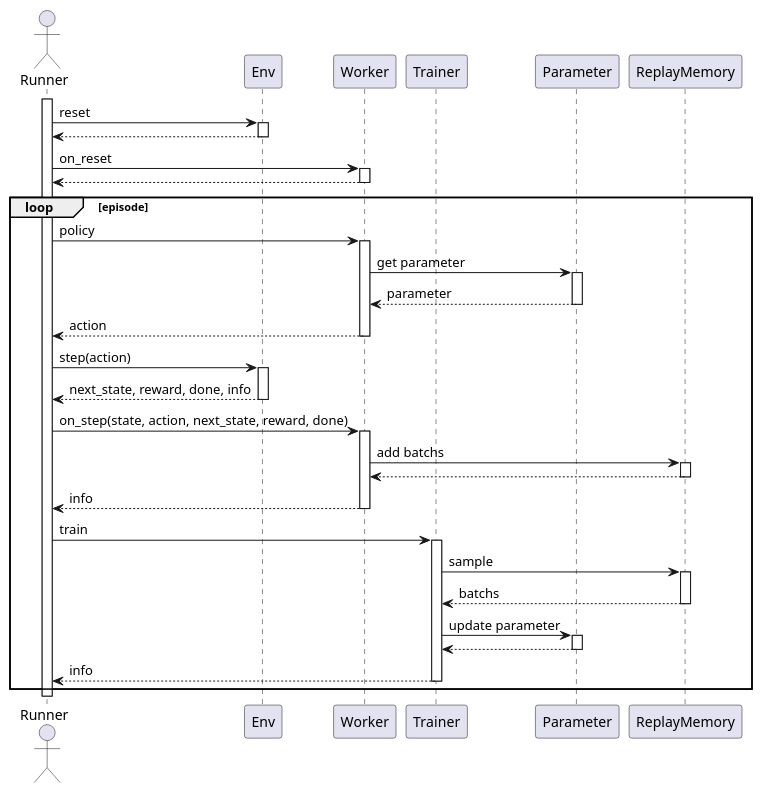
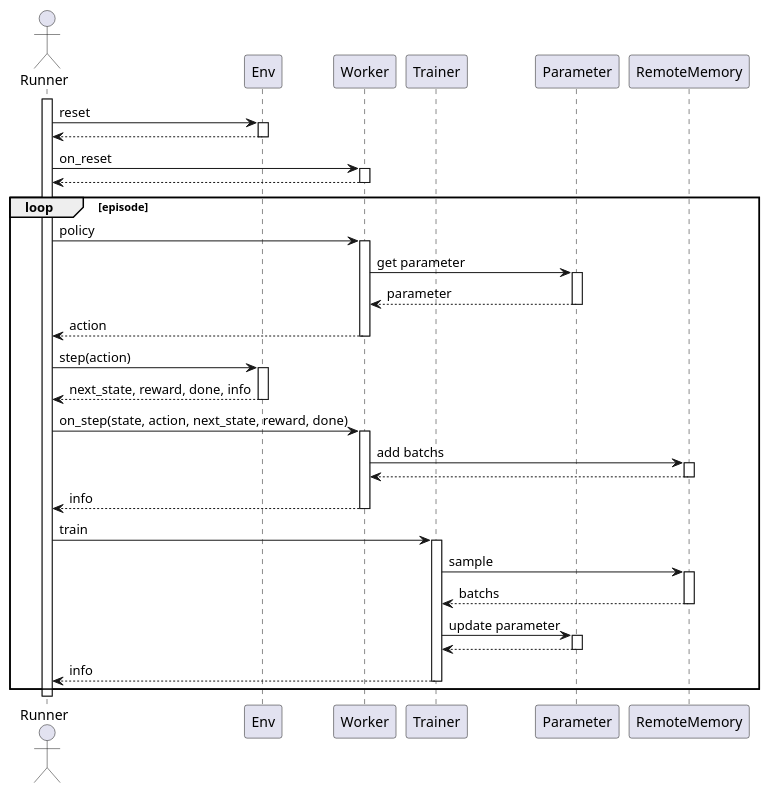
One commit to pocokhc/simple_distributed_rl changed the diagram in diagrams/sync_flow.pu. Above: the diagram before and after it, drawn with PlantUML. The commit also changed 7 other files, not shown here.

```diff
--- a/diagrams/sync_flow.pu
+++ b/diagrams/sync_flow.pu
@@ -1,43 +1,43 @@
 @startuml
 autoactivate on
 
 actor Runner
 participant Env
 participant Worker
 participant Trainer
 participant Parameter
-participant ReplayMemory
+participant RemoteMemory
 
 
 activate Runner
 
 Runner -> Env: reset
 return
 Runner -> Worker: on_reset
 return
 
 loop episode
     Runner -> Worker: policy
         Worker -> Parameter: get parameter
         return parameter
     return action
     Runner -> Env: step(action)
     return next_state, reward, done, info
 
     Runner -> Worker: on_step(state, action, next_state, reward, done)
-        Worker -> ReplayMemory: add batchs
+        Worker -> RemoteMemory: add batchs
         return
     return info
 
     Runner -> Trainer: train
-        Trainer -> ReplayMemory: sample
+        Trainer -> RemoteMemory: sample
         return batchs
 
         Trainer -> Parameter: update parameter
         return
     return info
 
 end
 deactivate Runner
 
 @enduml
```
